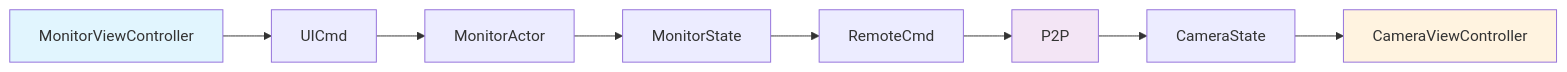
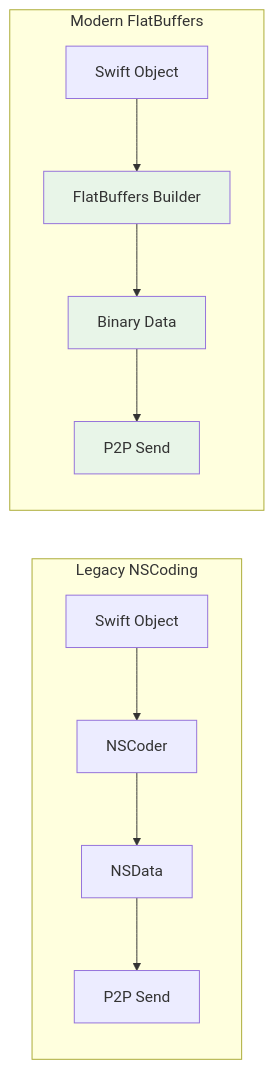
Before and after one commit to security-union/remote-shutter: the fourth of 4 diagrams in ARCHITECTURE.md, drawn with Mermaid. The commit also changed other lines of this file, not shown here.

````diff
--- a/ARCHITECTURE.md
+++ b/ARCHITECTURE.md
@@ -394,14 +516,18 @@
 ```mermaid
 graph LR
-    A[MonitorViewController] --> B[UICmd]
-    B --> C[MonitorActor]
-    C --> D[MonitorState]
-    D --> E[RemoteCmd]
-    E --> F[P2P]
-    F --> G[CameraState]
-    G --> H[CameraViewController]
+    subgraph "Legacy NSCoding"
+        A[Swift Object] --> B[NSCoder]
+        B --> C[NSData]
+        C --> D[P2P Send]
+    end
     
-    style A fill:#e1f5fe
-    style H fill:#fff3e0
-    style F fill:#f3e5f5
+    subgraph "Modern FlatBuffers"
+        E[Swift Object] --> F[FlatBuffers Builder]
+        F --> G[Binary Data]
+        G --> H[P2P Send]
+    end
+    
+    style F fill:#e8f5e8
+    style G fill:#e8f5e8
+    style H fill:#e8f5e8
 ```
````
